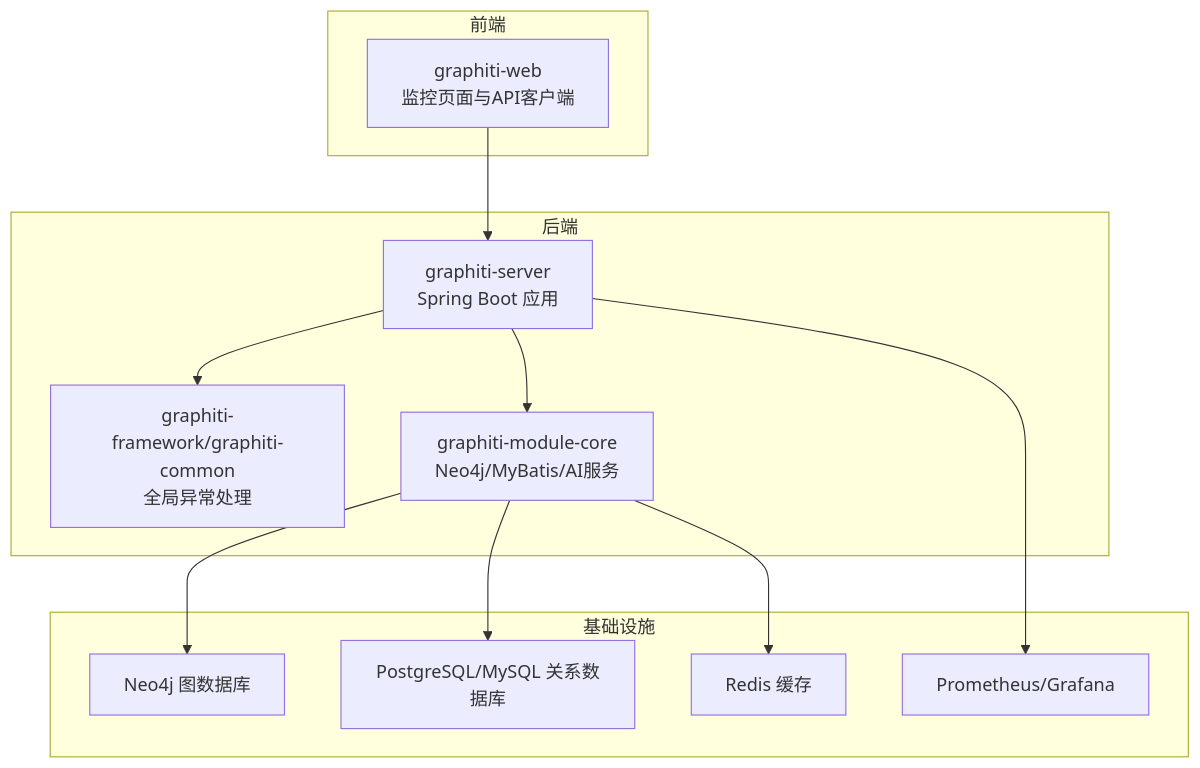
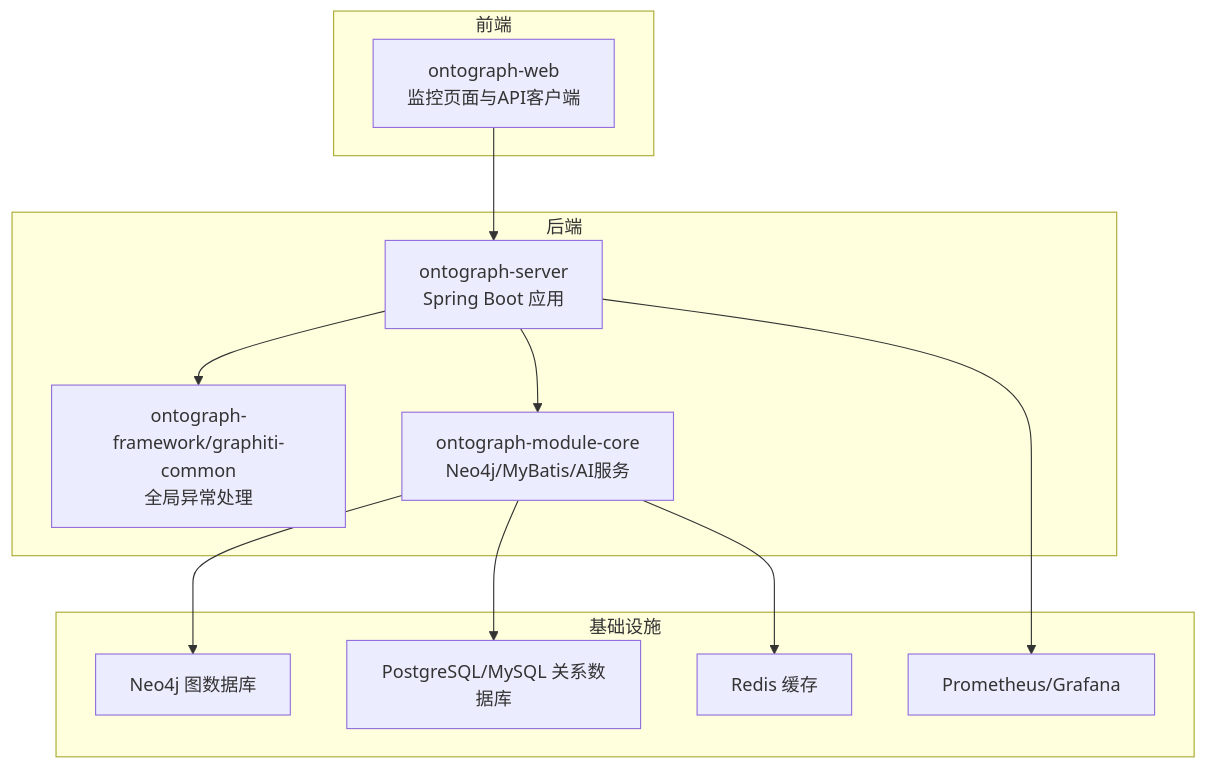
The first of 8 diagrams in docs/manual/部署运维/监控运维.md (joezxh/graphiti-java), drawn with Mermaid before and after one commit. The commit also changed other lines of this file and 200 other files, not shown here.

````diff
--- a/docs/manual/部署运维/监控运维.md
+++ b/docs/manual/部署运维/监控运维.md
@@ -41,24 +41,24 @@
 ```mermaid
 graph TB
 subgraph "前端"
-WEB["graphiti-web<br/>监控页面与API客户端"]
+WEB["ontograph-web<br/>监控页面与API客户端"]
 end
 subgraph "后端"
-SERVER["graphiti-server<br/>Spring Boot 应用"]
-COMMON["graphiti-framework/graphiti-common<br/>全局异常处理"]
-CORE["graphiti-module-core<br/>Neo4j/MyBatis/AI服务"]
+SERVER["ontograph-server<br/>Spring Boot 应用"]
+COMMON["ontograph-framework/graphiti-common<br/>全局异常处理"]
+CORE["ontograph-module-core<br/>Neo4j/MyBatis/AI服务"]
 end
 subgraph "基础设施"
 NEO4J["Neo4j 图数据库"]
 PG["PostgreSQL/MySQL 关系数据库"]
 REDIS["Redis 缓存"]
 PROM["Prometheus/Grafana"]
 end
 WEB --> SERVER
 SERVER --> COMMON
 SERVER --> CORE
 CORE --> NEO4J
 CORE --> PG
 CORE --> REDIS
 SERVER --> PROM
 ```
````
